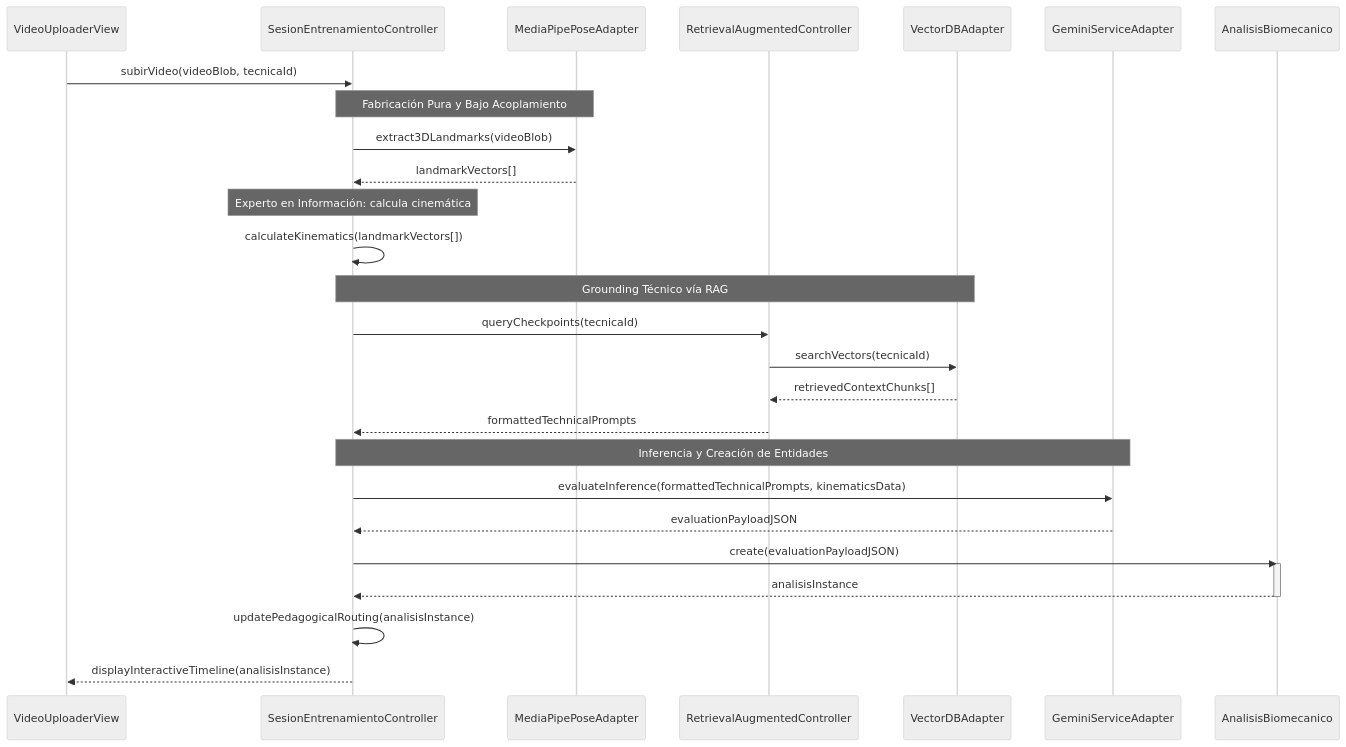
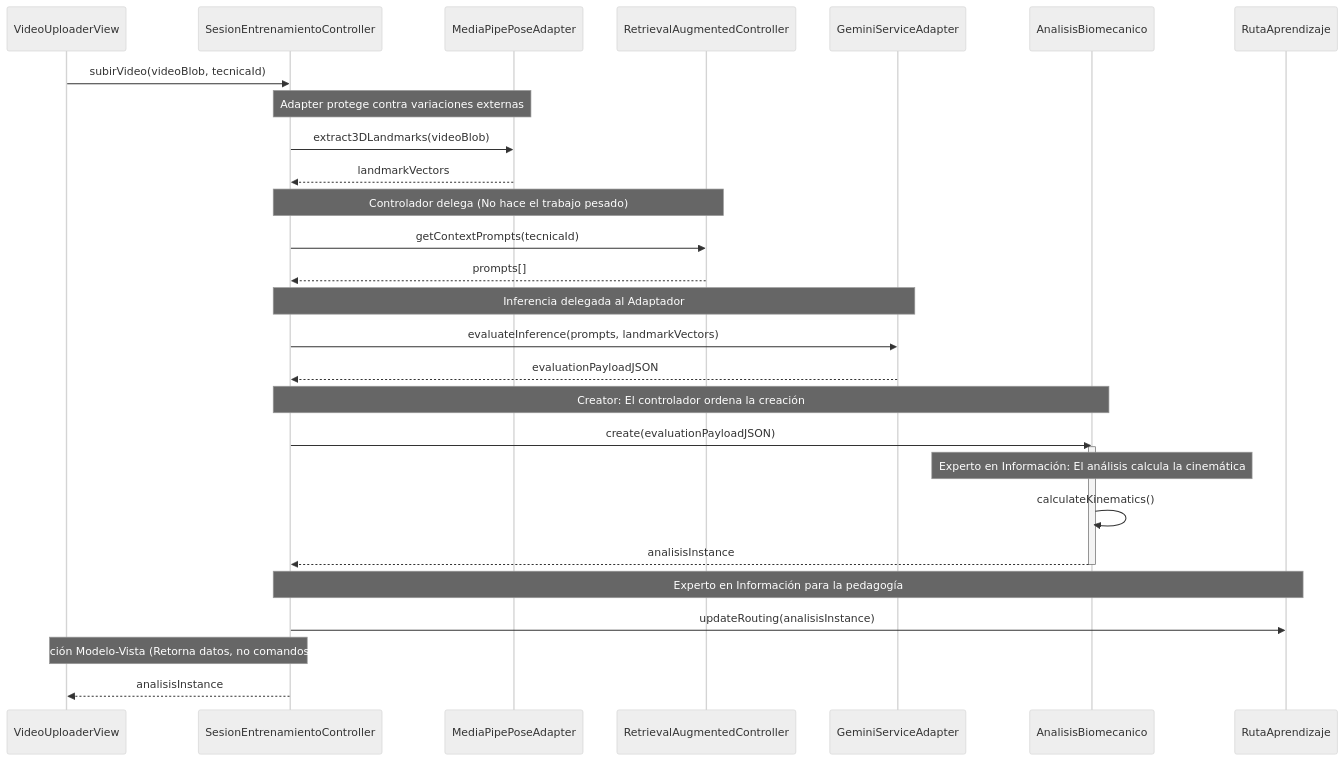
The third of 4 diagrams in README.md (Tsmrain/Documentacion), drawn with Mermaid (neutral theme) before and after one commit. The commit also changed other lines of this file, not shown here.

Commit message:
refactor: update sequence diagram and GRASP documentation to reflect improved controller responsibility delegation

````diff
--- a/README.md
+++ b/README.md
@@ -742,36 +742,39 @@
 ```mermaid
 sequenceDiagram
     participant UI as VideoUploaderView
     participant Ctrl as SesionEntrenamientoController
     participant MP as MediaPipePoseAdapter
     participant RAG as RetrievalAugmentedController
-    participant DB as VectorDBAdapter
     participant LLM as GeminiServiceAdapter
     participant Eval as AnalisisBiomecanico
+    participant Ruta as RutaAprendizaje
 
     UI->>Ctrl: subirVideo(videoBlob, tecnicaId)
-    Note over Ctrl,MP: Fabricación Pura y Bajo Acoplamiento
+    
+    Note over Ctrl,MP: Adapter protege contra variaciones externas
     Ctrl->>MP: extract3DLandmarks(videoBlob)
-    MP-->>Ctrl: landmarkVectors[]
+    MP-->>Ctrl: landmarkVectors
     
-    Note over Ctrl,Ctrl: Experto en Información: calcula cinemática
-    Ctrl->>Ctrl: calculateKinematics(landmarkVectors[])
+    Note over Ctrl,RAG: Controlador delega (No hace el trabajo pesado)
+    Ctrl->>RAG: getContextPrompts(tecnicaId)
+    RAG-->>Ctrl: prompts[]
     
-    Note over Ctrl,DB: Grounding Técnico vía RAG
-    Ctrl->>RAG: queryCheckpoints(tecnicaId)
-    RAG->>DB: searchVectors(tecnicaId)
-    DB-->>RAG: retrievedContextChunks[]
-    RAG-->>Ctrl: formattedTechnicalPrompts
-    
-    Note over Ctrl,LLM: Inferencia y Creación de Entidades
-    Ctrl->>LLM: evaluateInference(formattedTechnicalPrompts, kinematicsData)
+    Note over Ctrl,LLM: Inferencia delegada al Adaptador
+    Ctrl->>LLM: evaluateInference(prompts, landmarkVectors)
     LLM-->>Ctrl: evaluationPayloadJSON
     
+    Note over Ctrl,Eval: Creator: El controlador ordena la creación
     Ctrl->>Eval: create(evaluationPayloadJSON)
     activate Eval
+    
+    Note over Eval,Eval: Experto en Información: El análisis calcula la cinemática
+    Eval->>Eval: calculateKinematics()
     Eval-->>Ctrl: analisisInstance
     deactivate Eval
     
-    Ctrl->>Ctrl: updatePedagogicalRouting(analisisInstance)
-    Ctrl-->>UI: displayInteractiveTimeline(analisisInstance)
+    Note over Ctrl,Ruta: Experto en Información para la pedagogía
+    Ctrl->>Ruta: updateRouting(analisisInstance)
+    
+    Note over Ctrl,UI: Separación Modelo-Vista (Retorna datos, no comandos de UI)
+    Ctrl-->>UI: analisisInstance
 ```
````
